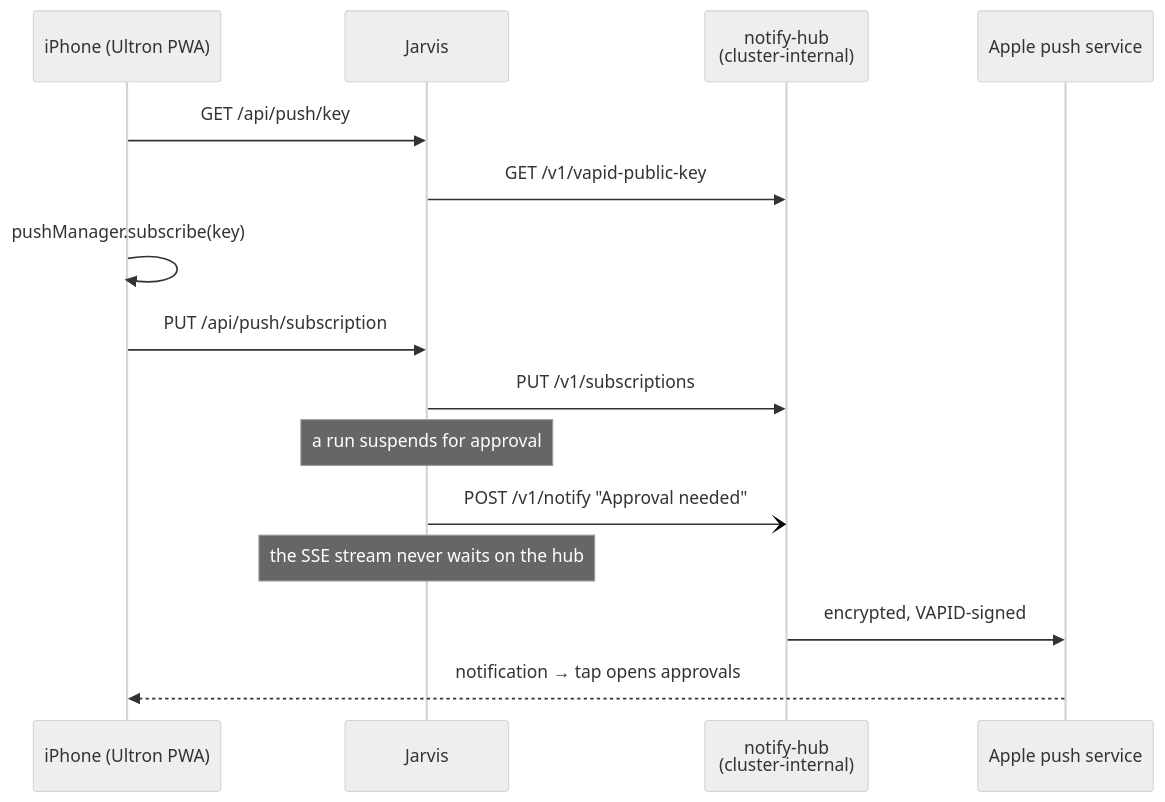
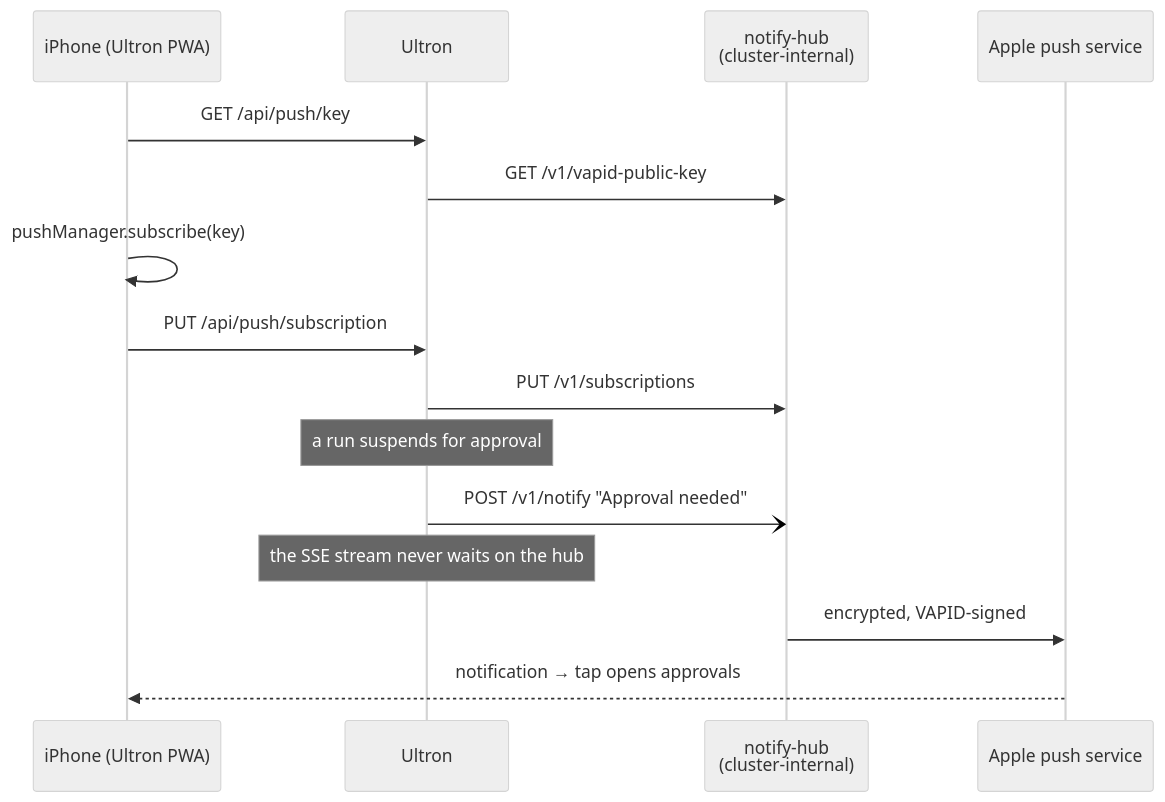
One commit to gmottola00/Jarvis changed the sixth of 7 diagrams in README.md. Above: the diagram before and after it, drawn with Mermaid (neutral theme). The commit also changed other lines of this file, not shown here.

First line of the commit message:
docs(readme): replace Jarvis references with Ultron

````diff
--- a/README.md
+++ b/README.md
@@ -329,18 +329,18 @@
 ```mermaid
 sequenceDiagram
     participant P as iPhone (Ultron PWA)
-    participant J as Jarvis
+    participant J as Ultron
     participant H as notify-hub<br/>(cluster-internal)
     participant S as Apple push service
 
     P->>J: GET /api/push/key
     J->>H: GET /v1/vapid-public-key
     P->>P: pushManager.subscribe(key)
     P->>J: PUT /api/push/subscription
     J->>H: PUT /v1/subscriptions
     Note over J: a run suspends for approval
     J-)H: POST /v1/notify "Approval needed"
     Note over J: the SSE stream never waits on the hub
     H->>S: encrypted, VAPID-signed
     S-->>P: notification → tap opens approvals
 ```
````
